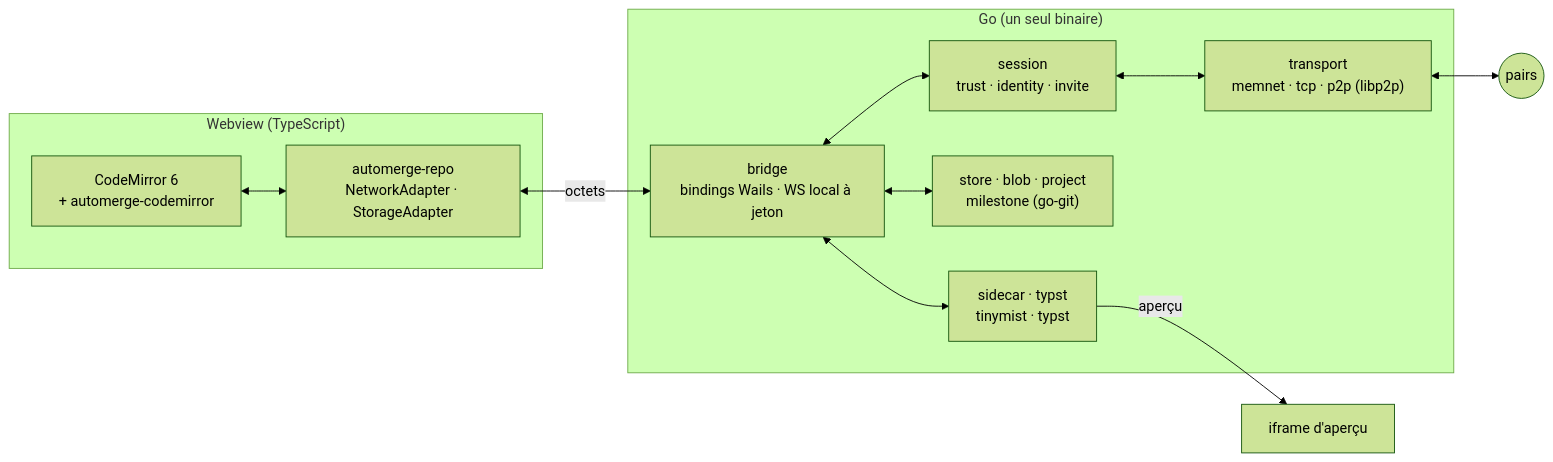
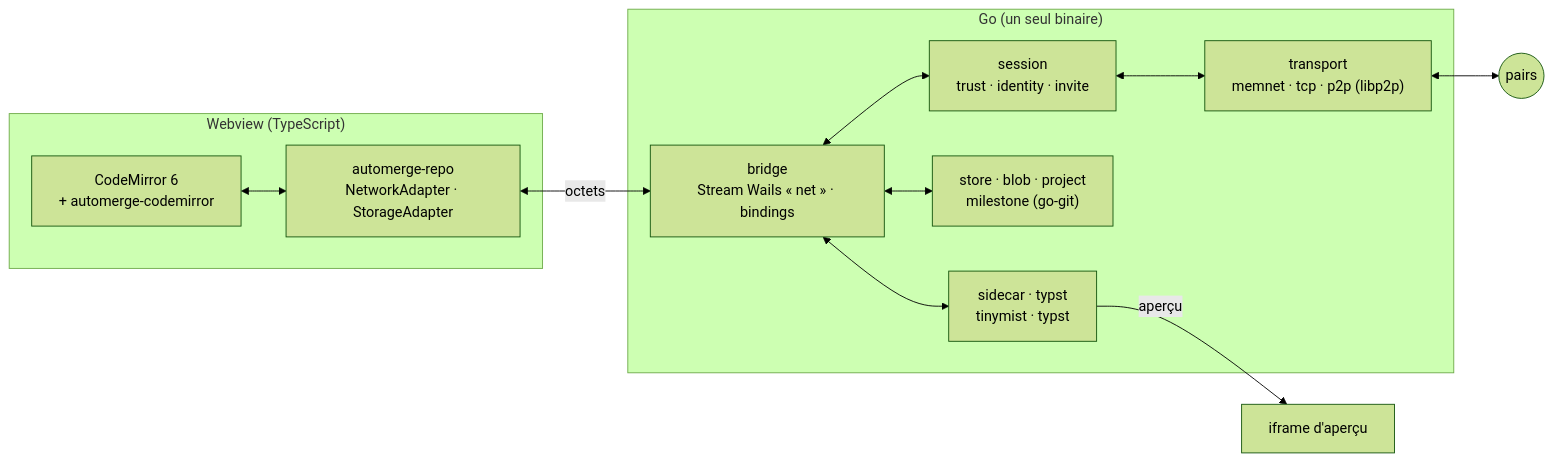
One commit to oioio-space/inkwell changed the diagram in docs/architecture.md. Above: the diagram before and after it, drawn with Mermaid (forest theme). The commit also changed other lines of this file and 12 other files, not shown here.

````diff
--- a/docs/architecture.md
+++ b/docs/architecture.md
@@ -14,21 +14,21 @@
 ```mermaid
 flowchart LR
   subgraph W["Webview (TypeScript)"]
     CM["CodeMirror 6<br/>+ automerge-codemirror"]
     REPO["automerge-repo<br/>NetworkAdapter · StorageAdapter"]
     CM <--> REPO
   end
   subgraph G["Go (un seul binaire)"]
-    BR["bridge<br/>bindings Wails · WS local à jeton"]
+    BR["bridge<br/>Stream Wails « net » · bindings"]
     SES["session<br/>trust · identity · invite"]
     TR["transport<br/>memnet · tcp · p2p (libp2p)"]
     ST["store · blob · project<br/>milestone (go-git)"]
     SC["sidecar · typst<br/>tinymist · typst"]
   end
   PEER(("pairs"))
   REPO <-- octets --> BR
   BR <--> SES <--> TR <--> PEER
   BR <--> ST
   BR <--> SC
   SC -- aperçu --> PV["iframe d'aperçu"]
 ```
````
